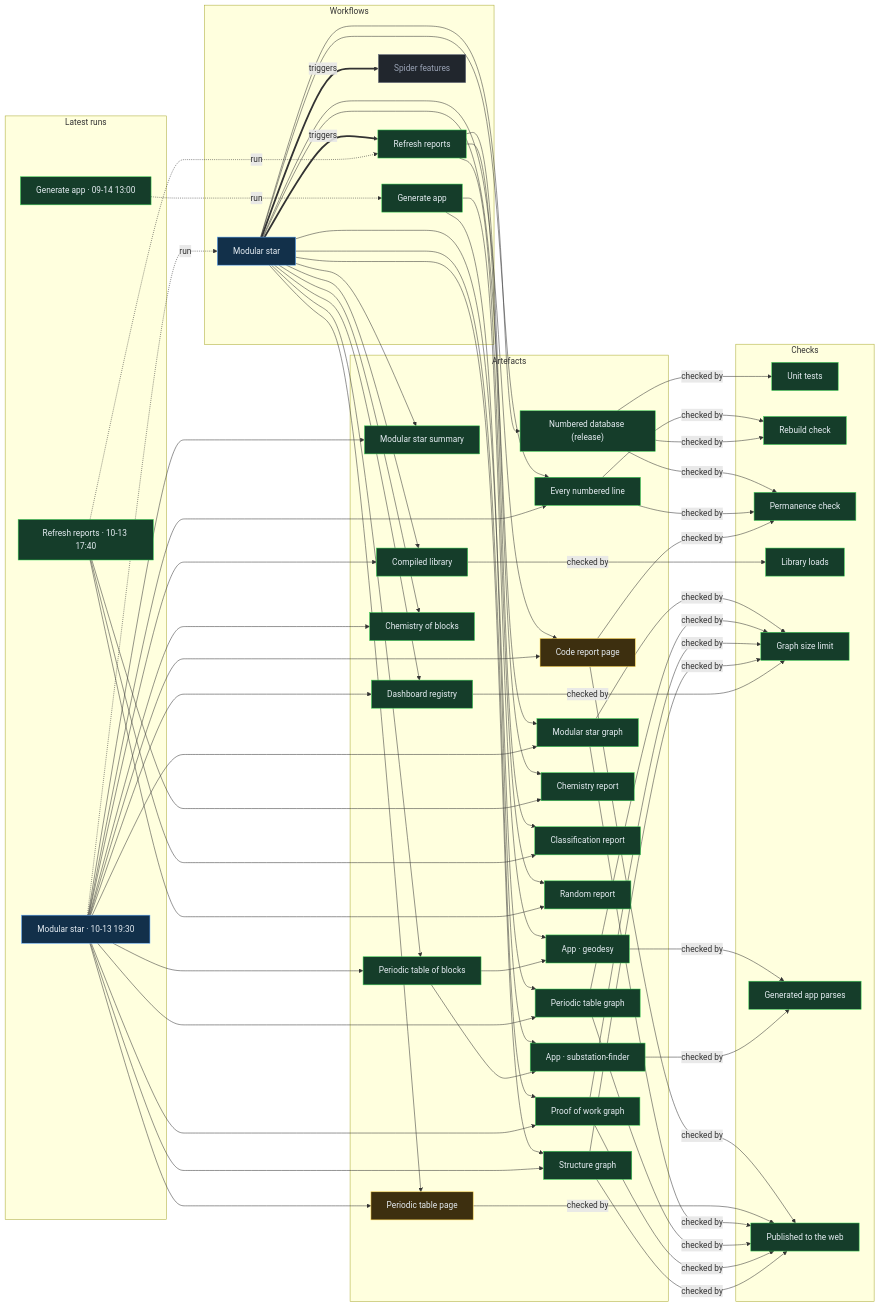
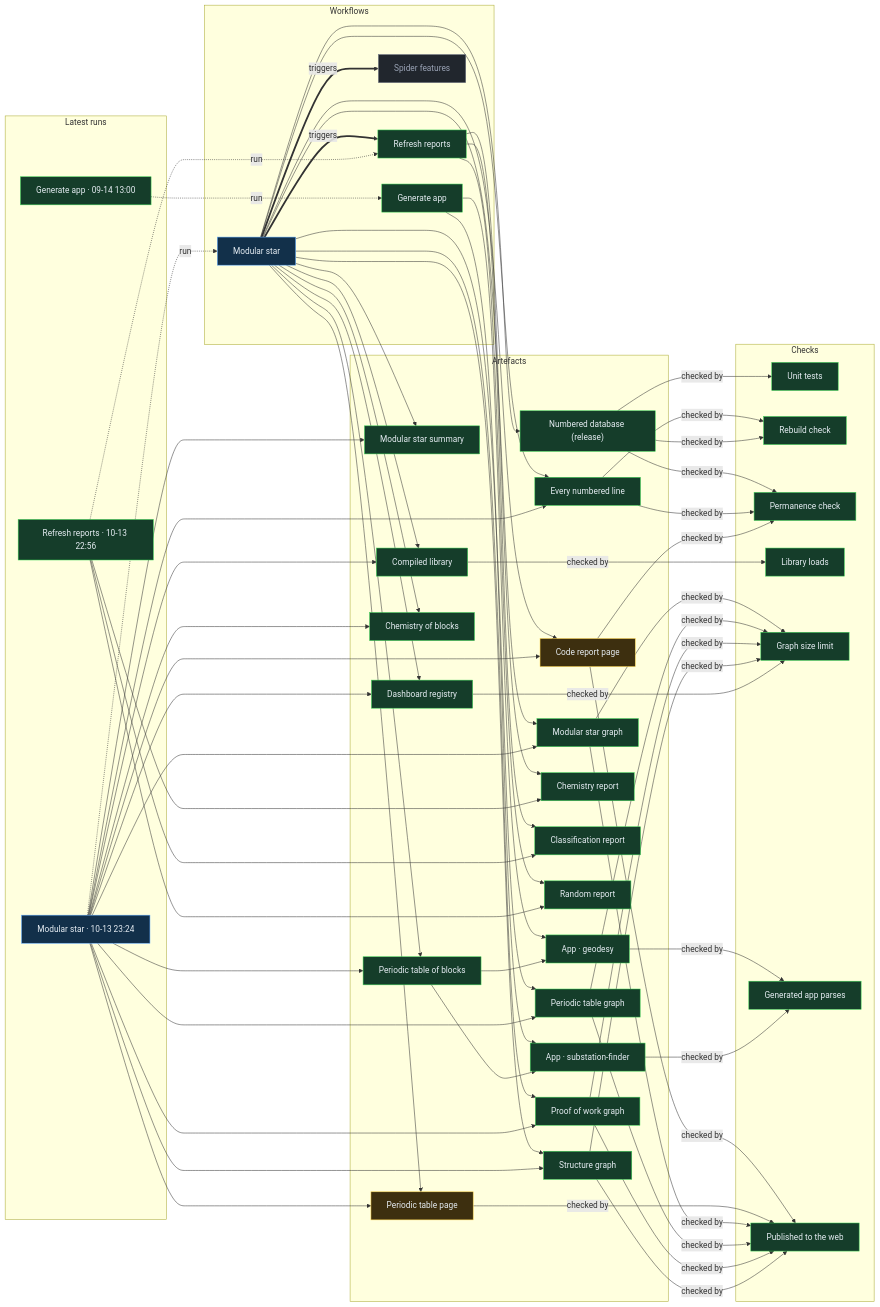
The diagram in proof/PROOF.md (Ventusltd/stars), drawn with Mermaid before and after one commit. The commit also changed other lines of this file and 44 other files, not shown here.

Commit message:
Modular star 2026-10-13T23:27Z

```diff
--- a/proof/PROOF.md
+++ b/proof/PROOF.md
@@ -24,8 +24,8 @@
   n_wf_spider_features["Spider features"]:::off
   end
   subgraph g_runs["Latest runs"]
-  n_run_38455357581["Modular star · 10-13 19:30"]:::live
-  n_run_38440546677["Refresh reports · 10-13 17:40"]:::ok
+  n_run_38484079996["Modular star · 10-13 23:24"]:::live
+  n_run_38481130406["Refresh reports · 10-13 22:56"]:::ok
   n_run_34846587798["Generate app · 09-14 13:00"]:::ok
   end
   subgraph g_artefacts["Artefacts"]
@@ -59,39 +59,39 @@
   end
   n_wf_modular_star == triggers ==> n_wf_refresh
   n_wf_modular_star == triggers ==> n_wf_spider_features
-  n_run_38455357581 -. run .-> n_wf_modular_star
-  n_run_38440546677 -. run .-> n_wf_refresh
+  n_run_38484079996 -. run .-> n_wf_modular_star
+  n_run_38481130406 -. run .-> n_wf_refresh
   n_run_34846587798 -. run .-> n_wf_generate
   n_wf_modular_star --> n_art_summary
-  n_run_38455357581 --> n_art_summary
+  n_run_38484079996 --> n_art_summary
   n_wf_modular_star --> n_art_lines
-  n_run_38455357581 --> n_art_lines
+  n_run_38484079996 --> n_art_lines
   n_wf_modular_star --> n_art_code
-  n_run_38455357581 --> n_art_code
+  n_run_38484079996 --> n_art_code
   n_wf_modular_star --> n_art_modular_graph
-  n_run_38455357581 --> n_art_modular_graph
+  n_run_38484079996 --> n_art_modular_graph
   n_wf_modular_star --> n_art_blocks
-  n_run_38455357581 --> n_art_blocks
+  n_run_38484079996 --> n_art_blocks
   n_wf_modular_star --> n_art_table
-  n_run_38455357581 --> n_art_table
+  n_run_38484079996 --> n_art_table
   n_wf_modular_star --> n_art_blocks_graph
-  n_run_38455357581 --> n_art_blocks_graph
+  n_run_38484079996 --> n_art_blocks_graph
   n_wf_modular_star --> n_art_reactions
-  n_run_38455357581 --> n_art_reactions
+  n_run_38484079996 --> n_art_reactions
   n_wf_modular_star --> n_art_library
-  n_run_38455357581 --> n_art_library
+  n_run_38484079996 --> n_art_library
   n_wf_modular_star --> n_art_features
-  n_run_38455357581 --> n_art_features
+  n_run_38484079996 --> n_art_features
   n_wf_modular_star --> n_art_proof
-  n_run_38455357581 --> n_art_proof
+  n_run_38484079996 --> n_art_proof
   n_wf_modular_star --> n_art_structure
-  n_run_38455357581 --> n_art_structure
+  n_run_38484079996 --> n_art_structure
   n_wf_refresh --> n_art_chemistry
-  n_run_38440546677 --> n_art_chemistry
+  n_run_38481130406 --> n_art_chemistry
   n_wf_refresh --> n_art_vedic
-  n_run_38440546677 --> n_art_vedic
+  n_run_38481130406 --> n_art_vedic
   n_wf_refresh --> n_art_random
-  n_run_38440546677 --> n_art_random
+  n_run_38481130406 --> n_art_random
   n_wf_modular_star --> n_art_release
   n_wf_generate --> n_app_geodesy
   n_art_blocks --> n_app_geodesy
```
